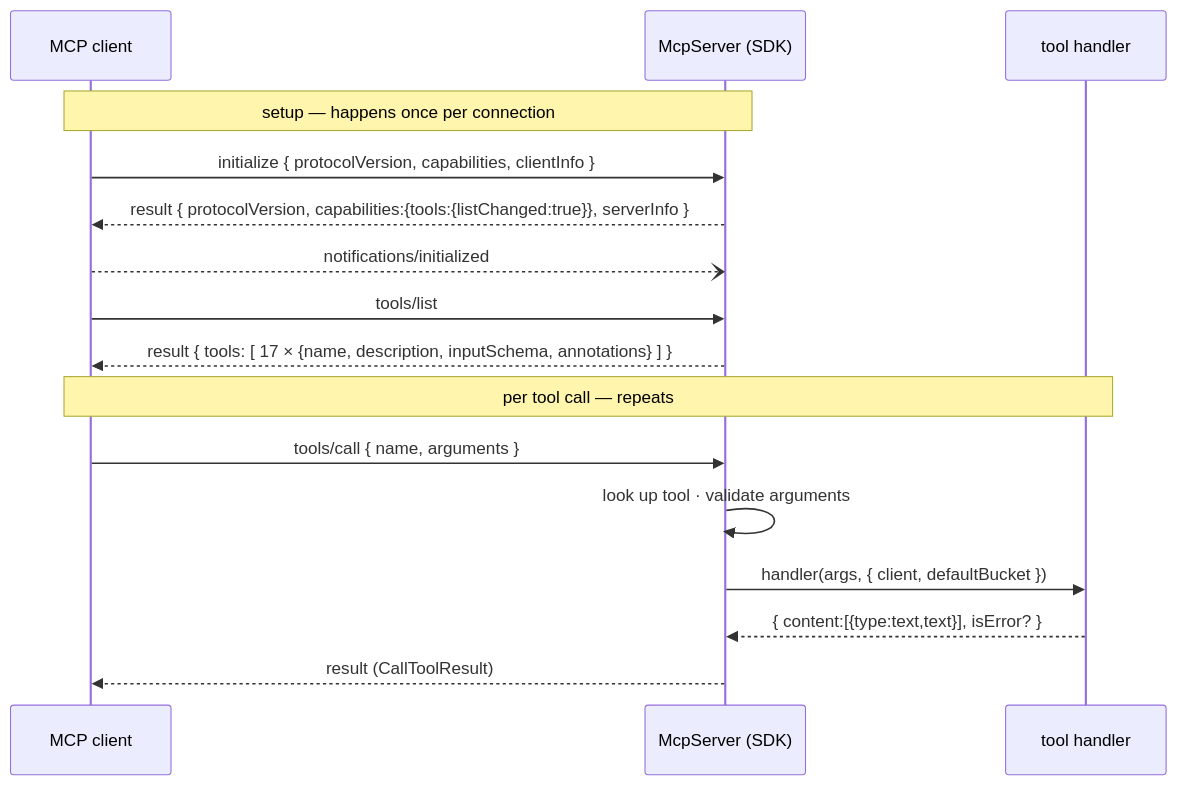
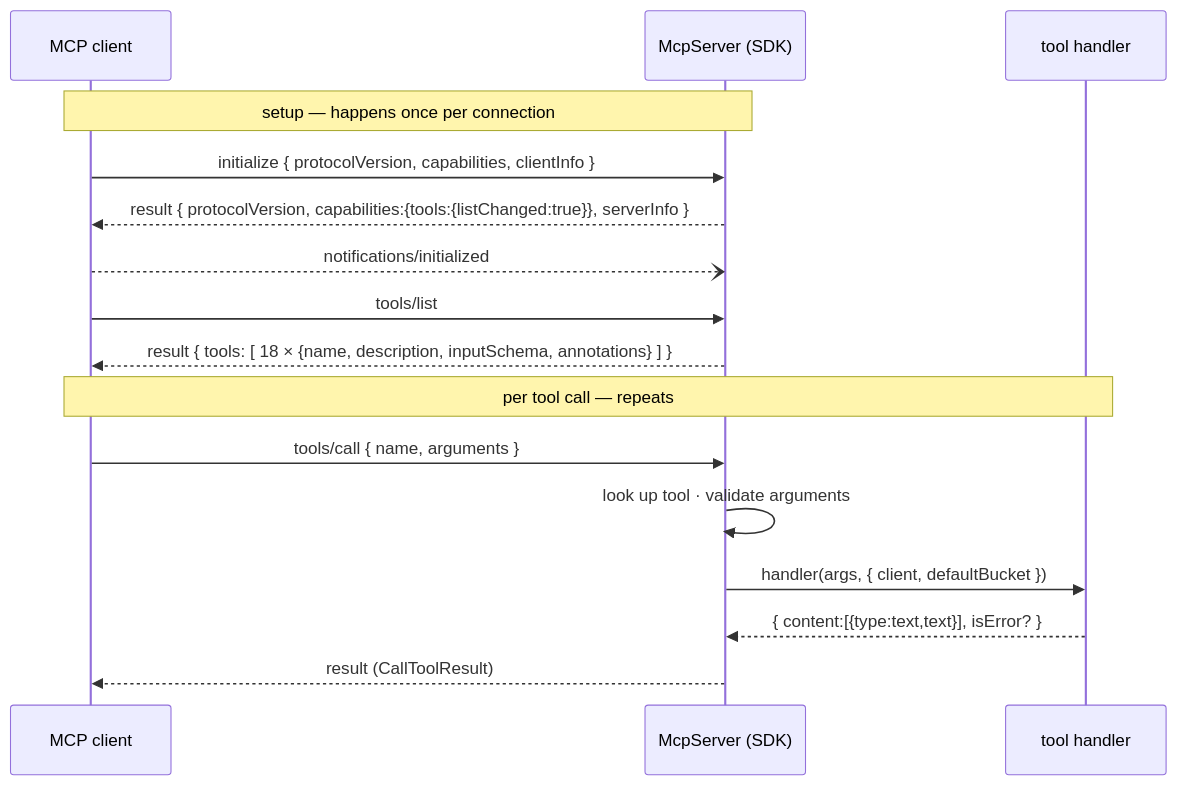
The second of 5 diagrams in docs/ARCHITECTURE.md (webapper-services/cloudsee-drive-mcp), drawn with Mermaid before and after one commit. The commit also changed other lines of this file and 28 other files, not shown here.

````diff
--- a/docs/ARCHITECTURE.md
+++ b/docs/ARCHITECTURE.md
@@ -122,19 +125,19 @@
 ```mermaid
 sequenceDiagram
     participant C as MCP client
     participant S as McpServer (SDK)
     participant H as tool handler
 
     Note over C,S: setup — happens once per connection
     C->>S: initialize { protocolVersion, capabilities, clientInfo }
     S-->>C: result { protocolVersion, capabilities:{tools:{listChanged:true}}, serverInfo }
     C--)S: notifications/initialized
     C->>S: tools/list
-    S-->>C: result { tools: [ 17 × {name, description, inputSchema, annotations} ] }
+    S-->>C: result { tools: [ 18 × {name, description, inputSchema, annotations} ] }
     Note over C,H: per tool call — repeats
     C->>S: tools/call { name, arguments }
     S->>S: look up tool · validate arguments
     S->>H: handler(args, { client, defaultBucket })
     H-->>S: { content:[{type:text,text}], isError? }
     S-->>C: result (CallToolResult)
 ```
````
